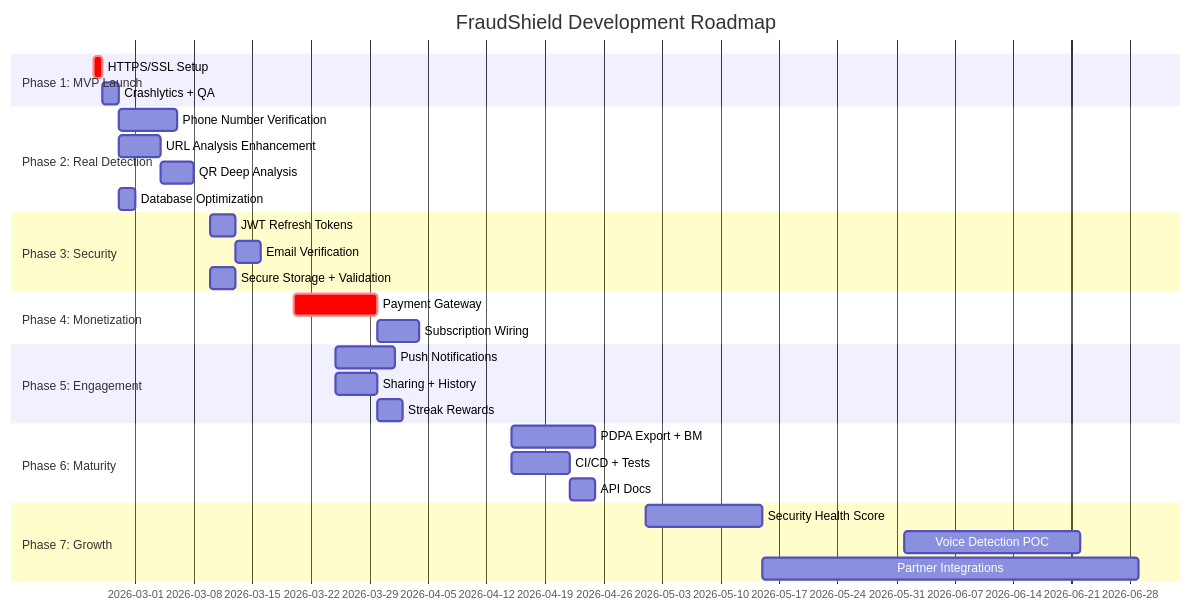
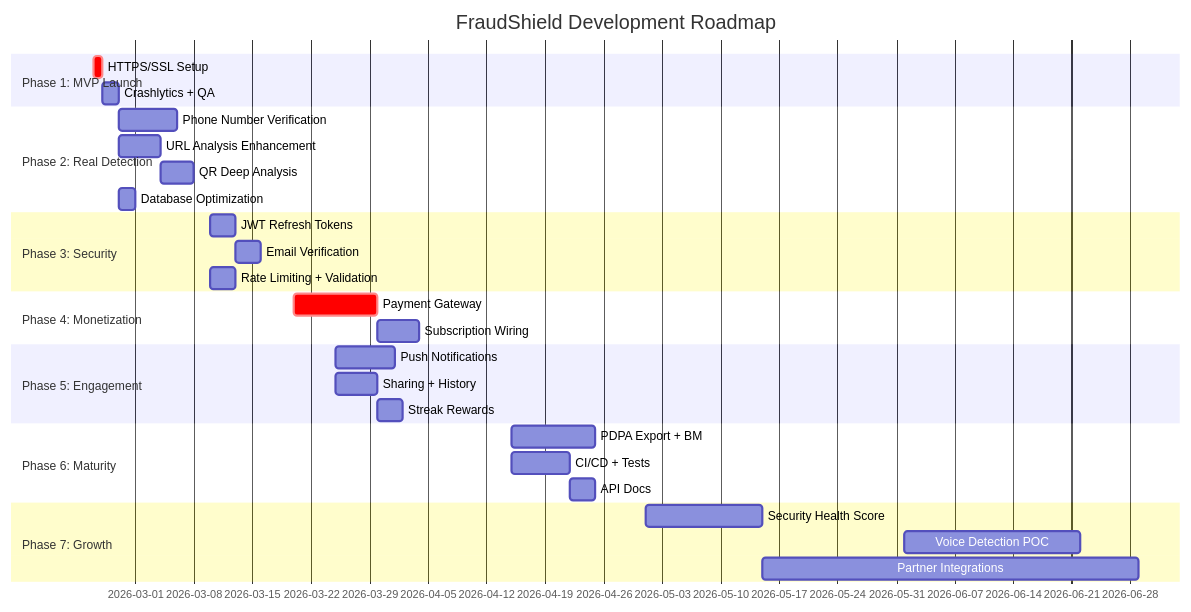
One commit to Najla-Citadel/fraudshield changed the diagram in core_features_roadmap.md. Above: the diagram before and after it, drawn with Mermaid. The commit also changed other lines of this file and 18 other files, not shown here.

````diff
--- a/core_features_roadmap.md
+++ b/core_features_roadmap.md
@@ -193,39 +183,39 @@
 ```mermaid
 gantt
     title FraudShield Development Roadmap
     dateFormat YYYY-MM-DD
     
     section Phase 1: MVP Launch
     HTTPS/SSL Setup              :crit, p1a, 2026-02-24, 1d
     Crashlytics + QA             :p1b, after p1a, 2d
     
     section Phase 2: Real Detection
     Phone Number Verification    :p2a, 2026-02-27, 7d
     URL Analysis Enhancement     :p2b, 2026-02-27, 5d
     QR Deep Analysis             :p2c, 2026-03-04, 4d
     Database Optimization        :p2d, 2026-02-27, 2d
     
     section Phase 3: Security
     JWT Refresh Tokens           :p3a, 2026-03-10, 3d
     Email Verification           :p3b, after p3a, 3d
-    Secure Storage + Validation  :p3c, 2026-03-10, 3d
+    Rate Limiting + Validation   :p3c, 2026-03-10, 3d
     
     section Phase 4: Monetization
     Payment Gateway              :crit, p4a, 2026-03-20, 10d
     Subscription Wiring          :p4b, after p4a, 5d
     
     section Phase 5: Engagement
     Push Notifications           :p5a, 2026-03-25, 7d
     Sharing + History            :p5b, 2026-03-25, 5d
     Streak Rewards               :p5c, after p5b, 3d
     
     section Phase 6: Maturity
     PDPA Export + BM             :p6a, 2026-04-15, 10d
     CI/CD + Tests                :p6b, 2026-04-15, 7d
     API Docs                     :p6c, after p6b, 3d
     
     section Phase 7: Growth
     Security Health Score        :p7a, 2026-05-01, 14d
     Voice Detection POC          :p7b, 2026-06-01, 21d
     Partner Integrations         :p7c, 2026-05-15, 45d
 ```
````
